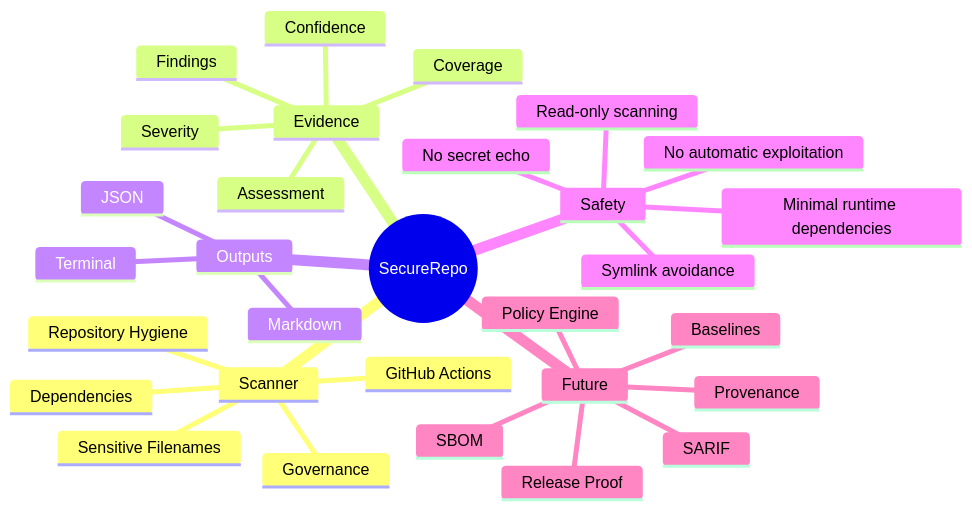
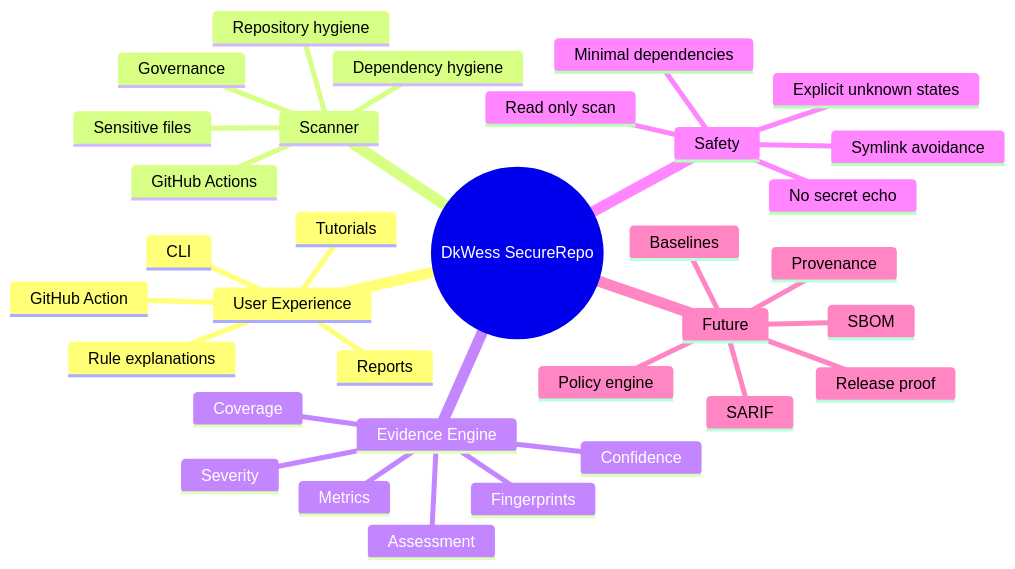
The second of 2 diagrams in README.md (DKWesley13/DkWess), drawn with Mermaid before and after one commit. The commit also changed other lines of this file and 34 other files, not shown here.

First line of the commit message:
feat: publish SecureRepo v0.0.3 public usability upgrade

````diff
--- a/README.md
+++ b/README.md
@@ -170,33 +255,36 @@
 ```mermaid
 mindmap
-  root((SecureRepo))
+  root((DkWess SecureRepo))
+    User Experience
+      CLI
+      Tutorials
+      Rule explanations
+      Reports
+      GitHub Action
     Scanner
       Governance
-      Repository Hygiene
-      Sensitive Filenames
-      Dependencies
+      Repository hygiene
+      Sensitive files
+      Dependency hygiene
       GitHub Actions
-    Evidence
-      Findings
+    Evidence Engine
+      Assessment
+      Coverage
       Severity
       Confidence
-      Assessment
-      Coverage
-    Outputs
-      Terminal
-      Markdown
-      JSON
+      Fingerprints
+      Metrics
     Safety
-      Read-only scanning
+      Read only scan
       No secret echo
       Symlink avoidance
-      Minimal runtime dependencies
-      No automatic exploitation
+      Minimal dependencies
+      Explicit unknown states
     Future
       Baselines
       SARIF
       SBOM
       Provenance
-      Policy Engine
-      Release Proof
+      Policy engine
+      Release proof
 ```
````
